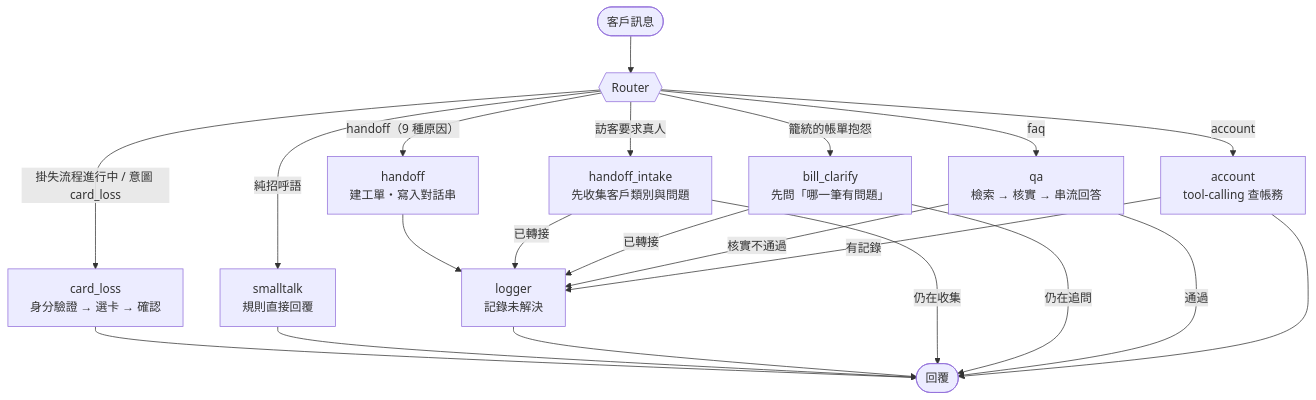
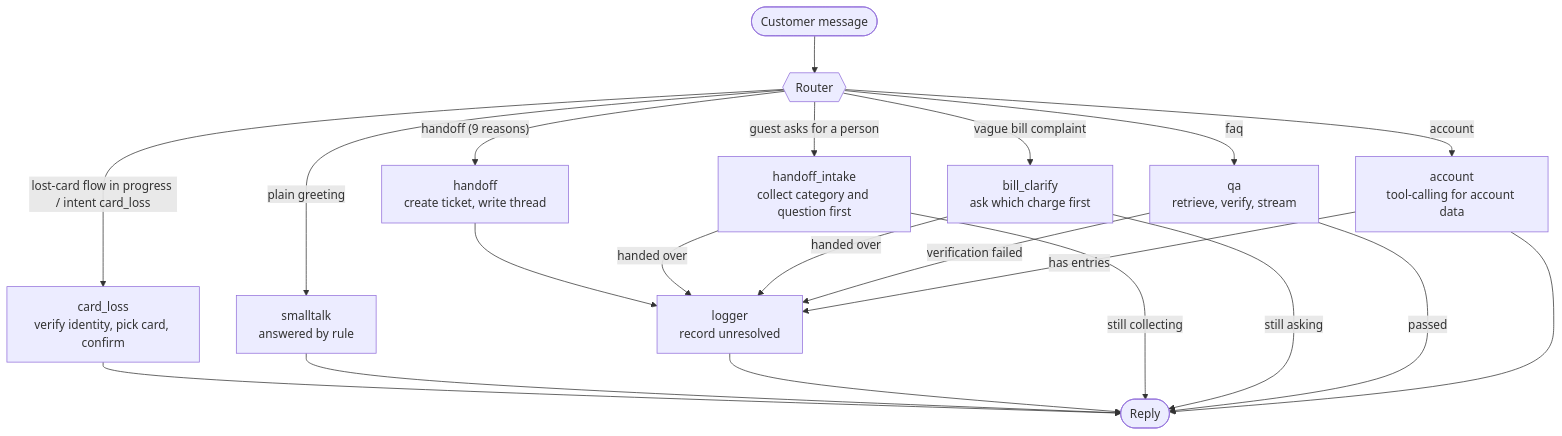
One commit to YvetLo/mingis-banking-ai-agent changed the second of 4 diagrams in docs/architecture.md. Above: the diagram before and after it, drawn with Mermaid. The commit also changed other lines of this file and 11 other files, not shown here.

````diff
--- a/docs/architecture.md
+++ b/docs/architecture.md
@@ -98,24 +99,24 @@
 ```mermaid
 flowchart TD
-    START([客戶訊息]) --> R{{"Router"}}
-    R -->|掛失流程進行中 / 意圖 card_loss| CL["card_loss<br/>身分驗證 → 選卡 → 確認"]
-    R -->|"handoff（9 種原因）"| HF["handoff<br/>建工單・寫入對話串"]
-    R -->|訪客要求真人| HI["handoff_intake<br/>先收集客戶類別與問題"]
-    R -->|純招呼語| ST["smalltalk<br/>規則直接回覆"]
-    R -->|籠統的帳單抱怨| BC["bill_clarify<br/>先問「哪一筆有問題」"]
-    R -->|faq| QA["qa<br/>檢索 → 核實 → 串流回答"]
-    R -->|account| AC["account<br/>tool-calling 查帳務"]
+    START([Customer message]) --> R{{"Router"}}
+    R -->|lost-card flow in progress / intent card_loss| CL["card_loss<br/>verify identity, pick card, confirm"]
+    R -->|"handoff (9 reasons)"| HF["handoff<br/>create ticket, write thread"]
+    R -->|guest asks for a person| HI["handoff_intake<br/>collect category and question first"]
+    R -->|plain greeting| ST["smalltalk<br/>answered by rule"]
+    R -->|vague bill complaint| BC["bill_clarify<br/>ask which charge first"]
+    R -->|faq| QA["qa<br/>retrieve, verify, stream"]
+    R -->|account| AC["account<br/>tool-calling for account data"]
 
-    HF --> LG["logger<br/>記錄未解決"]
-    HI -->|已轉接| LG
-    BC -->|已轉接| LG
-    QA -->|核實不通過| LG
-    AC -->|有記錄| LG
-    CL --> END([回覆])
+    HF --> LG["logger<br/>record unresolved"]
+    HI -->|handed over| LG
+    BC -->|handed over| LG
+    QA -->|verification failed| LG
+    AC -->|has entries| LG
+    CL --> END([Reply])
     ST --> END
     LG --> END
-    HI -->|仍在收集| END
-    BC -->|仍在追問| END
-    QA -->|通過| END
+    HI -->|still collecting| END
+    BC -->|still asking| END
+    QA -->|passed| END
     AC --> END
 ```
````
